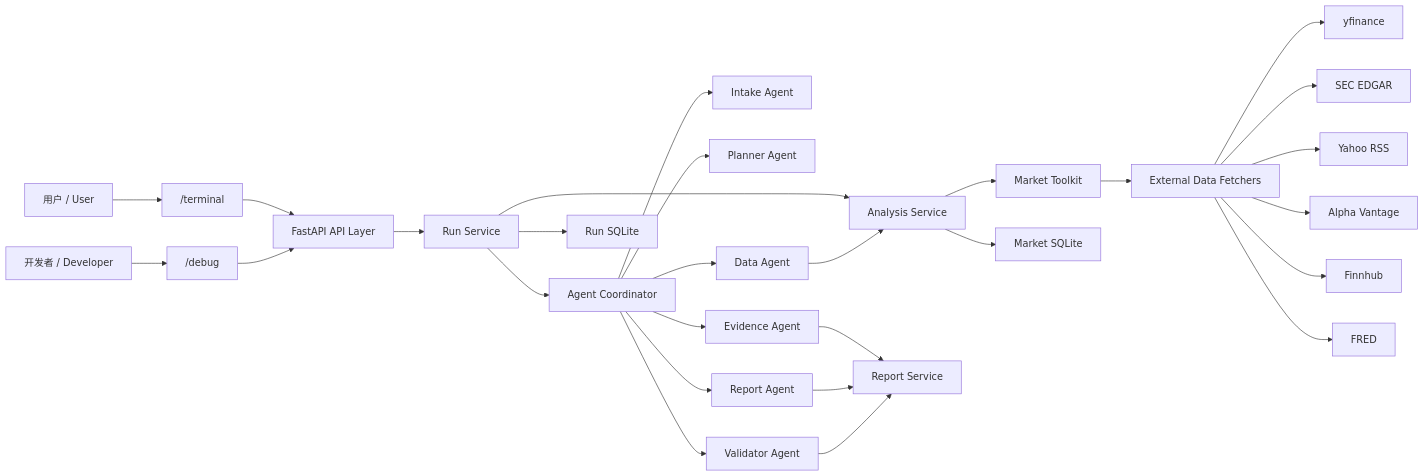
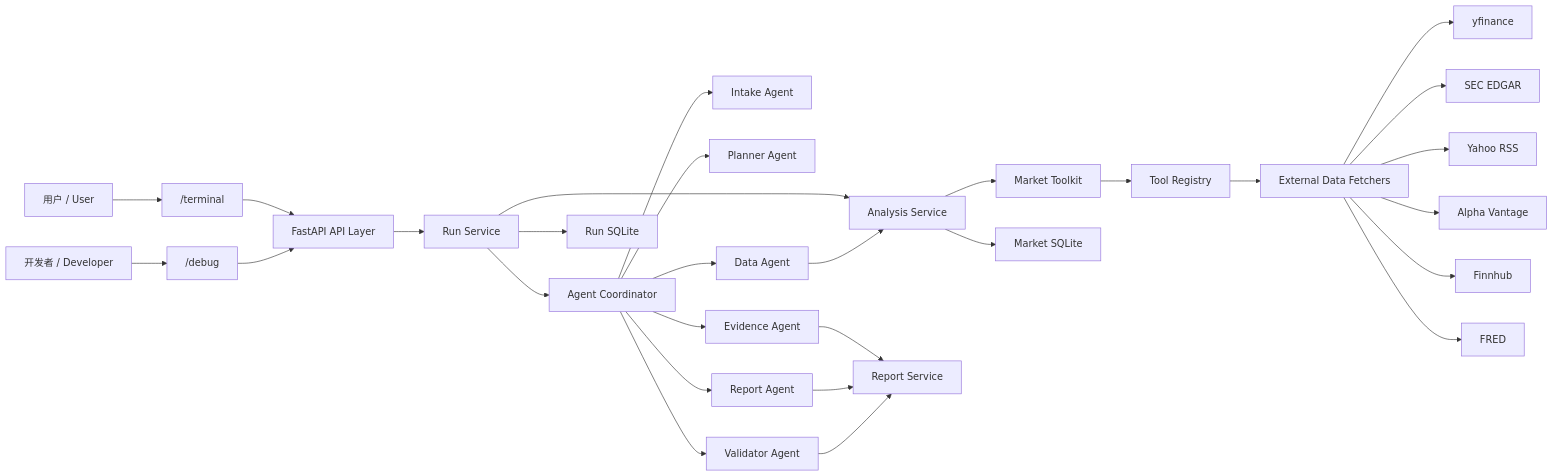
One commit to kevin32kouyu-lab/kevin-financial-agent changed the first of 2 diagrams in README.md. Above: the diagram before and after it, drawn with Mermaid. The commit also changed other lines of this file and 34 other files, not shown here.

````diff
--- a/README.md
+++ b/README.md
@@ -210,33 +222,34 @@
 ```mermaid
 flowchart LR
     U["用户 / User"] --> T["/terminal"]
     D["开发者 / Developer"] --> G["/debug"]
     T --> API["FastAPI API Layer"]
     G --> API
 
     API --> RUN["Run Service"]
     RUN --> COORD["Agent Coordinator"]
     COORD --> INTAKE["Intake Agent"]
     COORD --> PLAN["Planner Agent"]
     COORD --> DATAAGENT["Data Agent"]
     COORD --> EVIDENCE["Evidence Agent"]
     COORD --> REPORTAGENT["Report Agent"]
     COORD --> VALIDATOR["Validator Agent"]
     RUN --> ANALYSIS["Analysis Service"]
     DATAAGENT --> ANALYSIS
     EVIDENCE --> REPORT["Report Service"]
     REPORTAGENT --> REPORT
     VALIDATOR --> REPORT
     ANALYSIS --> TOOLKIT["Market Toolkit"]
+    TOOLKIT --> REGISTRY["Tool Registry"]
 
-    TOOLKIT --> FETCH["External Data Fetchers"]
+    REGISTRY --> FETCH["External Data Fetchers"]
     FETCH --> YF["yfinance"]
     FETCH --> SEC["SEC EDGAR"]
     FETCH --> RSS["Yahoo RSS"]
     FETCH --> AV["Alpha Vantage"]
     FETCH --> FH["Finnhub"]
     FETCH --> FRED["FRED"]
 
     RUN --> RUNDB["Run SQLite"]
     ANALYSIS --> MARKETDB["Market SQLite"]
 ```
````
